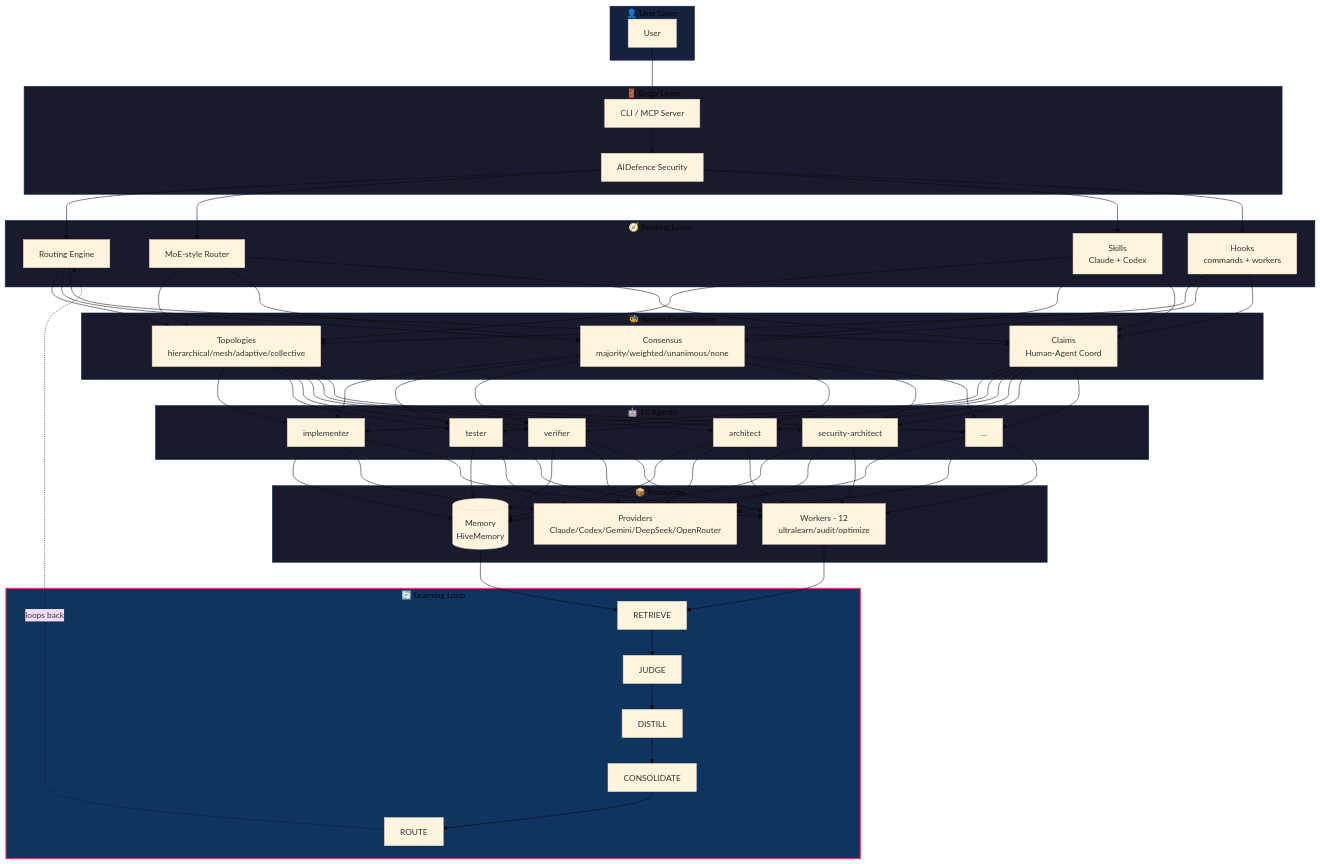
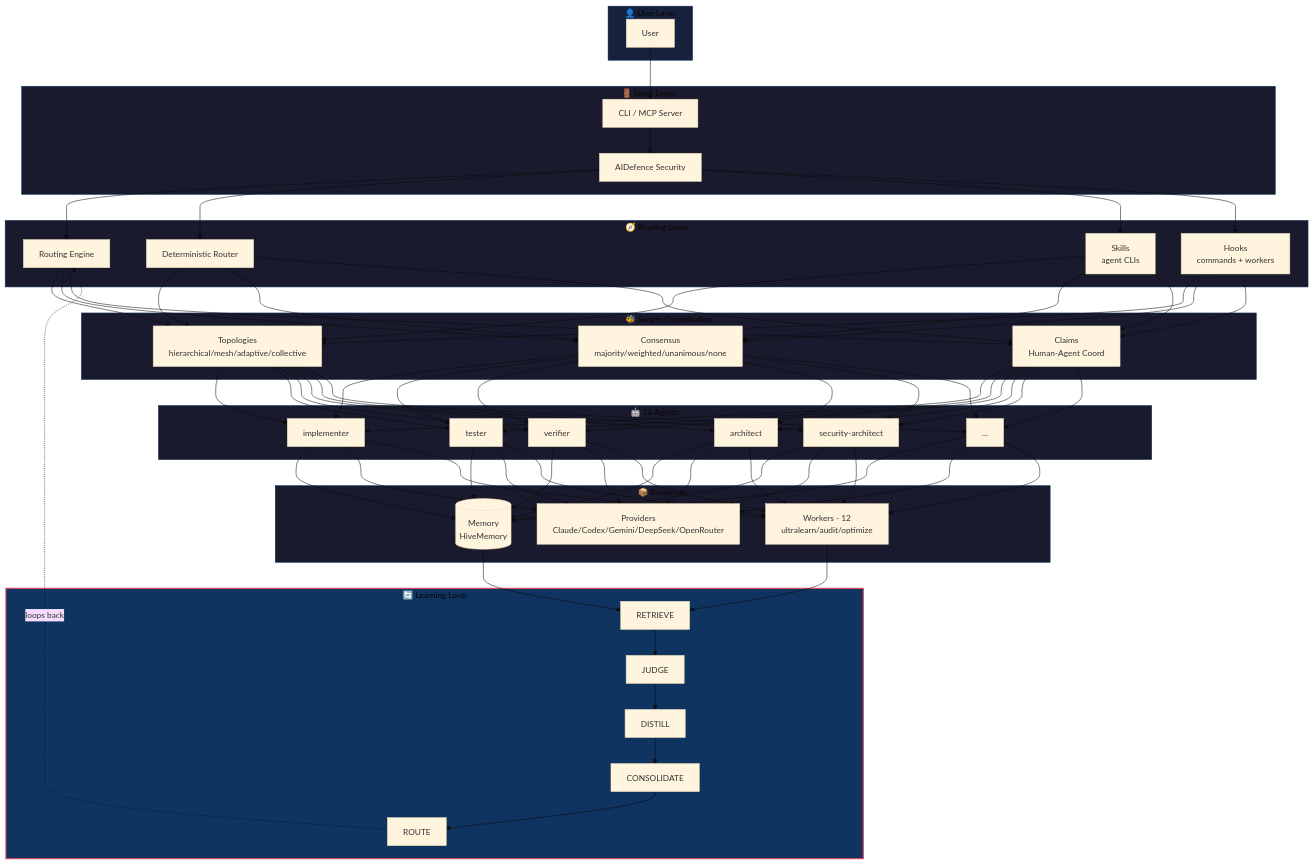
The first of 6 diagrams in README.md (hypnwtykvmpr/hive-flow), drawn with Mermaid (base theme) before and after one commit. The commit also changed other lines of this file and 15 other files, not shown here.

````diff
--- a/README.md
+++ b/README.md
@@ -26,60 +26,60 @@
 ```mermaid
 flowchart TB
     subgraph USER["👤 User Layer"]
         U[User]
     end
 
     subgraph ENTRY["🚪 Entry Layer"]
         CLI[CLI / MCP Server]
         AID[AIDefence Security]
     end
 
     subgraph ROUTING["🧭 Routing Layer"]
         QL[Routing Engine]
-        MOE[MoE-style Router]
-        SK[Skills<br/>Claude + Codex]
+        ROUT[Deterministic Router]
+        SK[Skills<br/>agent CLIs]
         HK[Hooks<br/>commands + workers]
     end
 
     subgraph SWARM["🐝 Swarm Coordination"]
         TOPO[Topologies<br/>hierarchical/mesh/adaptive/collective]
         CONS[Consensus<br/>majority/weighted/unanimous/none]
         CLM[Claims<br/>Human-Agent Coord]
     end
 
     subgraph AGENTS["🤖 18 Agents"]
         AG1[implementer]
         AG2[tester]
         AG3[verifier]
         AG4[architect]
         AG5[security-architect]
         AG6[...]
     end
 
     subgraph RESOURCES["📦 Resources"]
         MEM[(Memory<br/>HiveMemory)]
         PROV[Providers<br/>Claude/Codex/Gemini/DeepSeek/OpenRouter]
         WORK[Workers - 12<br/>ultralearn/audit/optimize]
     end
 
     subgraph LEARNING["🔄 Learning Loop"]
         L1[RETRIEVE] --> L2[JUDGE] --> L3[DISTILL] --> L4[CONSOLIDATE] --> L5[ROUTE]
     end
 
     U --> CLI
     CLI --> AID
-    AID --> QL & MOE & SK & HK
-    QL & MOE & SK & HK --> TOPO & CONS & CLM
+    AID --> QL & ROUT & SK & HK
+    QL & ROUT & SK & HK --> TOPO & CONS & CLM
     TOPO & CONS & CLM --> AG1 & AG2 & AG3 & AG4 & AG5 & AG6
     AG1 & AG2 & AG3 & AG4 & AG5 & AG6 --> MEM & PROV & WORK
     MEM & WORK --> L1
     L5 -.->|loops back| QL
 
     style LEARNING fill:#0f3460,stroke:#e94560,stroke-width:2px
     style USER fill:#16213e,stroke:#0f3460
     style ENTRY fill:#1a1a2e,stroke:#0f3460
     style ROUTING fill:#1a1a2e,stroke:#0f3460
     style SWARM fill:#1a1a2e,stroke:#0f3460
     style AGENTS fill:#1a1a2e,stroke:#0f3460
     style RESOURCES fill:#1a1a2e,stroke:#0f3460
 ```
````
